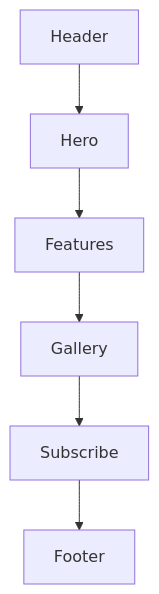
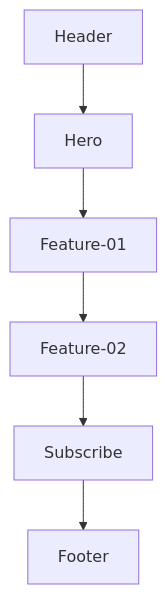
The first of 2 diagrams in README.md (DongmyeongBack/landingPage), drawn with Mermaid before and after one commit. The commit also changed other lines of this file, not shown here.

````diff
--- a/README.md
+++ b/README.md
@@ -124,8 +124,8 @@
 ```mermaid
 flowchart TD
     Header --> Hero
-    Hero --> Features
-    Features --> Gallery
-    Gallery --> Subscribe
+    Hero --> Feature-01
+    Feature-01 --> Feature-02
+    Feature-02 --> Subscribe
     Subscribe --> Footer
 ```
````
